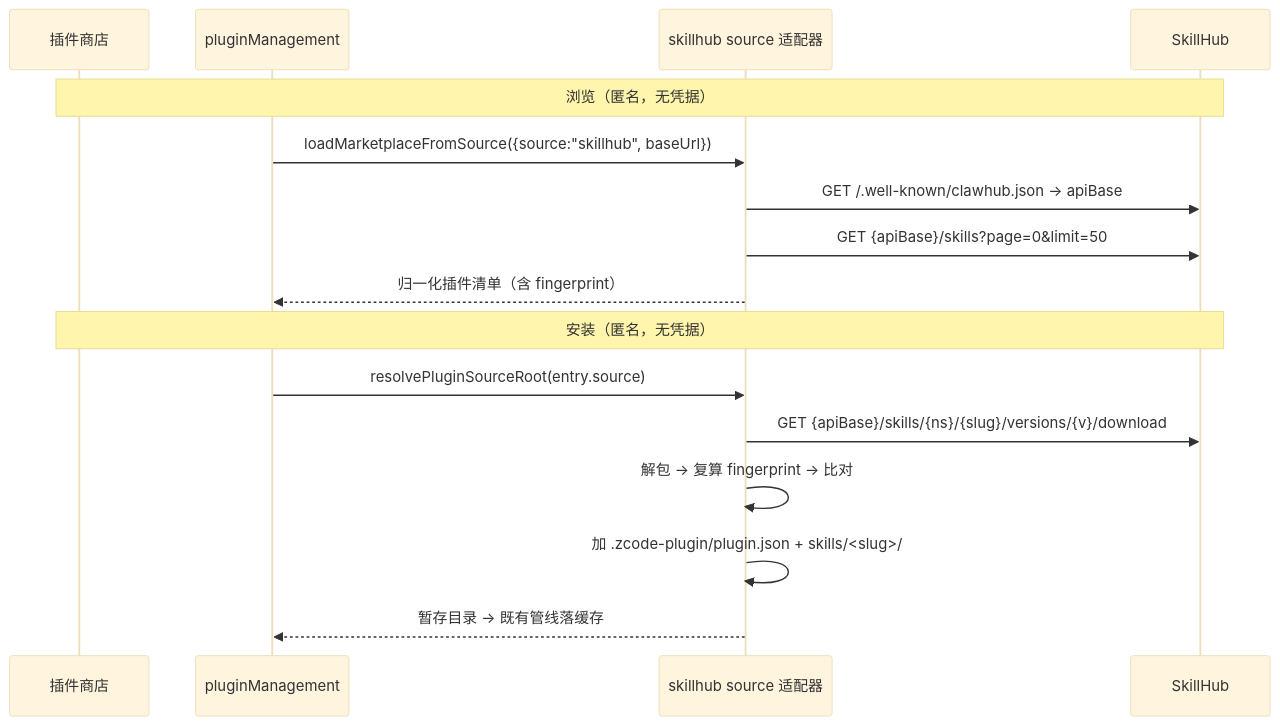
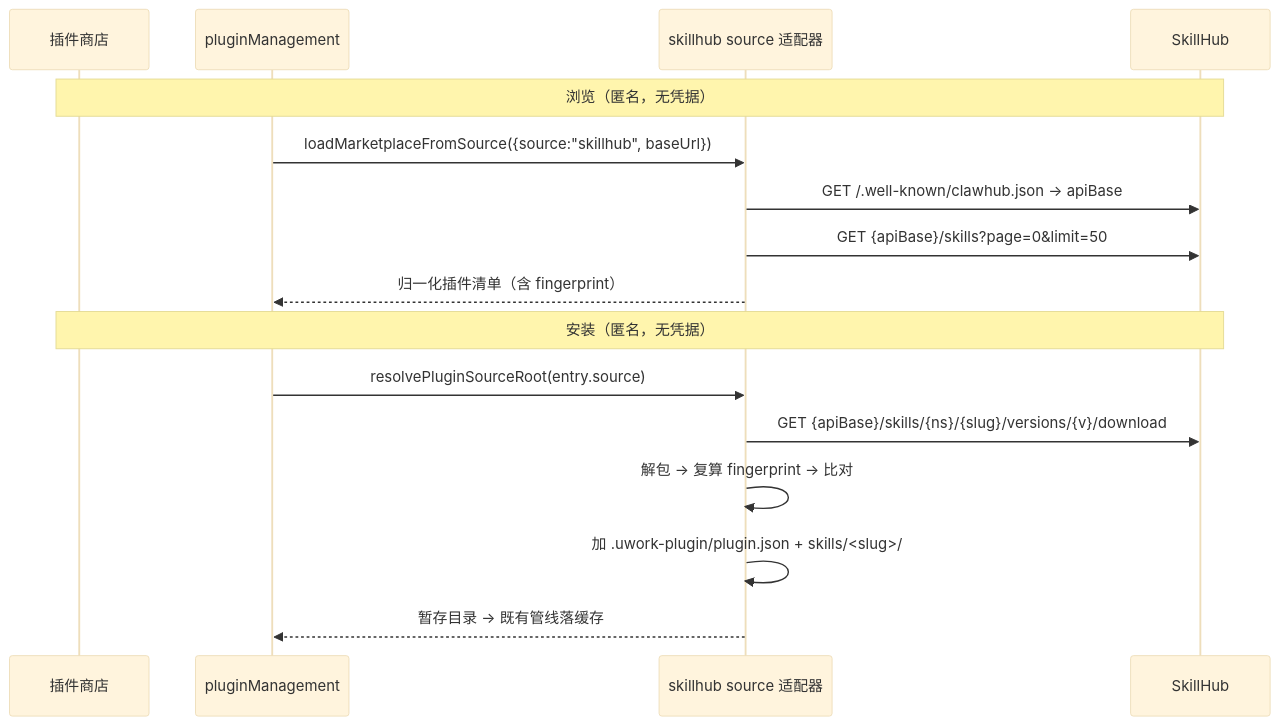
Before and after one commit to Jas0nxlee/UWork: the diagram in specs/aihub-skill-source.md, drawn with Mermaid (base theme). The commit also changed other lines of this file and 18 other files, not shown here.

First line of the commit message:
feat(plugin): UWork 插件命名契约（清单目录/env/占位符别名）+ office-editor 采用 UWork 命名

````diff
--- a/specs/aihub-skill-source.md
+++ b/specs/aihub-skill-source.md
@@ -37,20 +37,20 @@
 ```mermaid
 sequenceDiagram
     participant UI as 插件商店
     participant RPC as pluginManagement
     participant Ad as skillhub source 适配器
     participant SH as SkillHub
 
     Note over UI,SH: 浏览（匿名，无凭据）
     RPC->>Ad: loadMarketplaceFromSource({source:"skillhub", baseUrl})
     Ad->>SH: GET /.well-known/clawhub.json → apiBase
     Ad->>SH: GET {apiBase}/skills?page=0&limit=50
     Ad-->>RPC: 归一化插件清单（含 fingerprint）
 
     Note over UI,SH: 安装（匿名，无凭据）
     RPC->>Ad: resolvePluginSourceRoot(entry.source)
     Ad->>SH: GET {apiBase}/skills/{ns}/{slug}/versions/{v}/download
     Ad->>Ad: 解包 → 复算 fingerprint → 比对
-    Ad->>Ad: 加 .zcode-plugin/plugin.json + skills/<slug>/
+    Ad->>Ad: 加 .uwork-plugin/plugin.json + skills/<slug>/
     Ad-->>RPC: 暂存目录 → 既有管线落缓存
 ```
````
